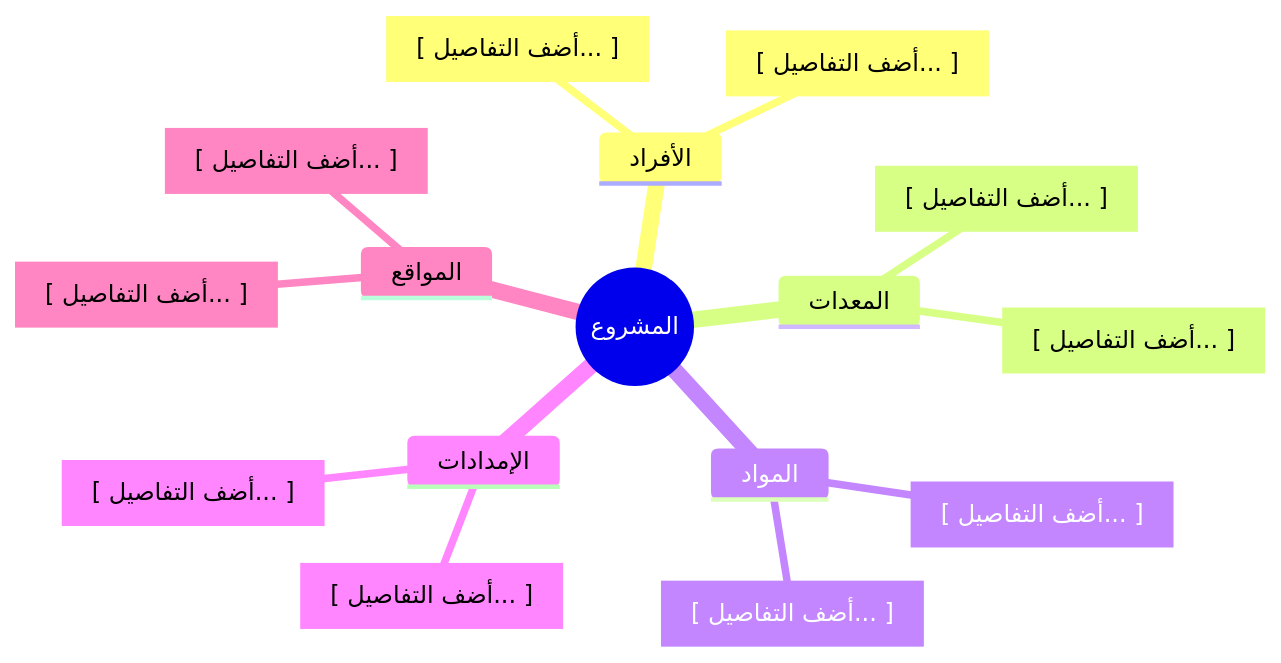
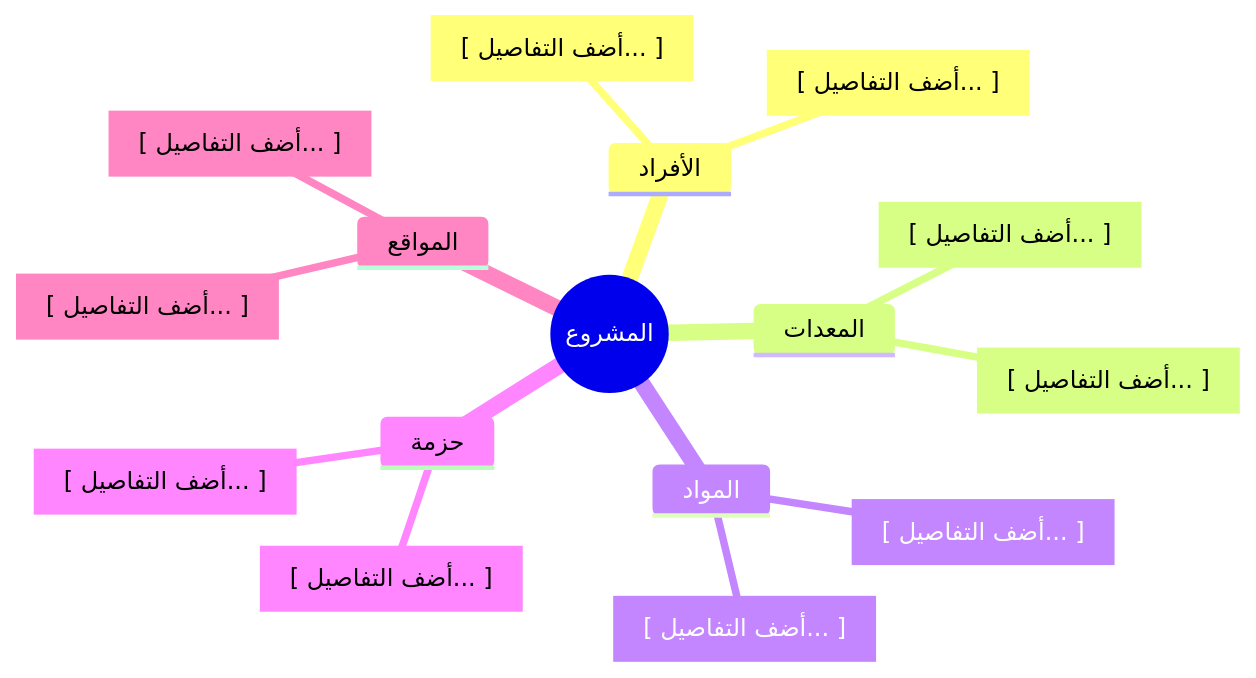
Before and after one commit to fakhruldeen/Tasleemat: the diagram in forms/ar/04_التخطيط/06_الموارد/03_هيكل_تجزئة_الموارد_(RBS)/04_06_03_هيكل_تجزئة_الموارد_(RBS)_قالب.md, drawn with Mermaid. The commit also changed other lines of this file and 9 other files, not shown here.

````diff
--- a/forms/ar/04_التخطيط/06_الموارد/03_هيكل_تجزئة_الموارد_(RBS)/04_06_03_هيكل_تجزئة_الموارد_(RBS)_قالب.md
+++ b/forms/ar/04_التخطيط/06_الموارد/03_هيكل_تجزئة_الموارد_(RBS)/04_06_03_هيكل_تجزئة_الموارد_(RBS)_قالب.md
@@ -68,19 +73,19 @@
 ```mermaid
 mindmap
   root((المشروع))
     الأفراد
       PlaceholderP1["[ أضف التفاصيل... ]"]
       PlaceholderP2["[ أضف التفاصيل... ]"]
     المعدات
       PlaceholderE1["[ أضف التفاصيل... ]"]
       PlaceholderE2["[ أضف التفاصيل... ]"]
     المواد
       PlaceholderM1["[ أضف التفاصيل... ]"]
       PlaceholderM2["[ أضف التفاصيل... ]"]
-    الإمدادات
+    حزمة
       PlaceholderS1["[ أضف التفاصيل... ]"]
       PlaceholderS2["[ أضف التفاصيل... ]"]
     المواقع
       PlaceholderL1["[ أضف التفاصيل... ]"]
       PlaceholderL2["[ أضف التفاصيل... ]"]
 ```
````
